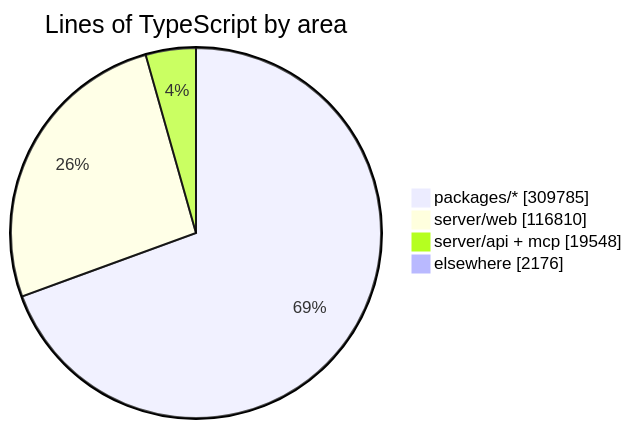
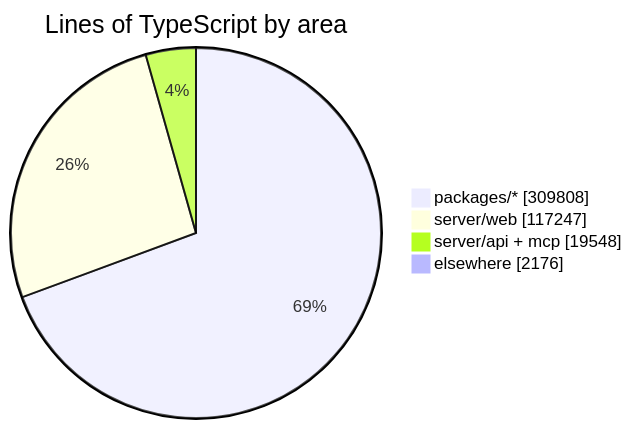
Before and after one commit to crossworks-engineering/mantle: the diagram in README.md, drawn with Mermaid. The commit also changed other lines of this file and 2 other files, not shown here.

````diff
--- a/README.md
+++ b/README.md
@@ -294,7 +294,7 @@
 ```mermaid
 pie showData title Lines of TypeScript by area
-    "packages/*" : 309785
-    "server/web" : 116810
+    "packages/*" : 309808
+    "server/web" : 117247
     "server/api + mcp" : 19548
     "elsewhere" : 2176
 ```
````
